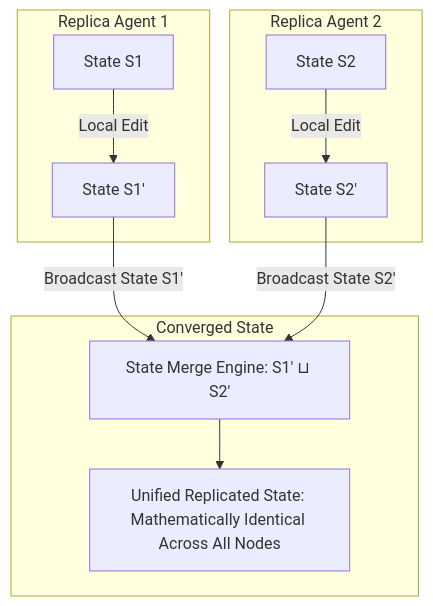
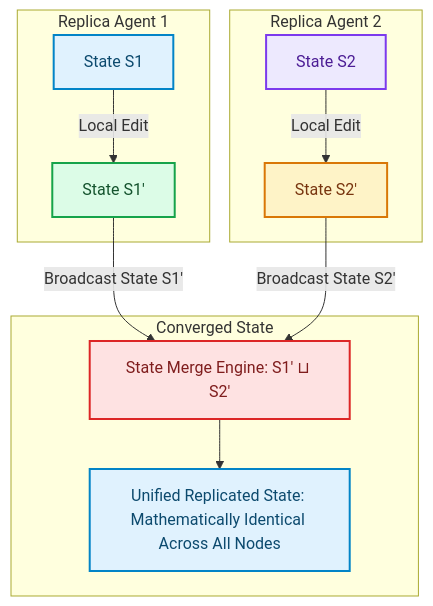
One commit to akmalkhaniub/akmalkhaniub.github.io changed the diagram in blog/posts/crdts-collaborative-agent-editors-concurrent-state-updates.md. Above: the diagram before and after it, drawn with Mermaid. The commit also changed other lines of this file and 1291 other files, not shown here.

First line of the commit message:
feat(catalog): unique covers, scholarly references, and diagram palettes

````diff
--- a/blog/posts/crdts-collaborative-agent-editors-concurrent-state-updates.md
+++ b/blog/posts/crdts-collaborative-agent-editors-concurrent-state-updates.md
@@ -19,17 +19,28 @@
 ```mermaid
 flowchart TD
   subgraph SG1_ReplicaAgent1 ["Replica Agent 1"]
-    A1[State S1] -->|Local Edit| A2[State S1']
+    A1["State S1"] -->|Local Edit| A2["State S1'"]
   end
   
   subgraph SG2_ReplicaAgent2 ["Replica Agent 2"]
-    B1[State S2] -->|Local Edit| B2[State S2']
+    B1["State S2"] -->|Local Edit| B2["State S2'"]
   end
   
-  A2 -->|Broadcast State S1'| M[State Merge Engine: S1' ⊔ S2']
+  A2 -->|Broadcast State S1'| M["State Merge Engine: S1' ⊔ S2'"]
   B2 -->|Broadcast State S2'| M
   
   subgraph SG3_ConvergedState ["Converged State"]
-    M --> C[Unified Replicated State: Mathematically Identical Across All Nodes]
+    M --> C["Unified Replicated State: Mathematically Identical Across All Nodes"]
   end
+
+classDef green fill:#dcfce7,stroke:#16a34a,stroke-width:2px,color:#14532d;
+classDef red fill:#fee2e2,stroke:#dc2626,stroke-width:2px,color:#7f1d1d;
+classDef blue fill:#e0f2fe,stroke:#0284c7,stroke-width:2px,color:#0c4a6e;
+classDef yellow fill:#fef3c7,stroke:#d97706,stroke-width:2px,color:#78350f;
+classDef purple fill:#ede9fe,stroke:#7c3aed,stroke-width:2px,color:#4c1d95;
+class A1,C blue
+class A2 green
+class B1 purple
+class B2 yellow
+class M red
 ```
````
